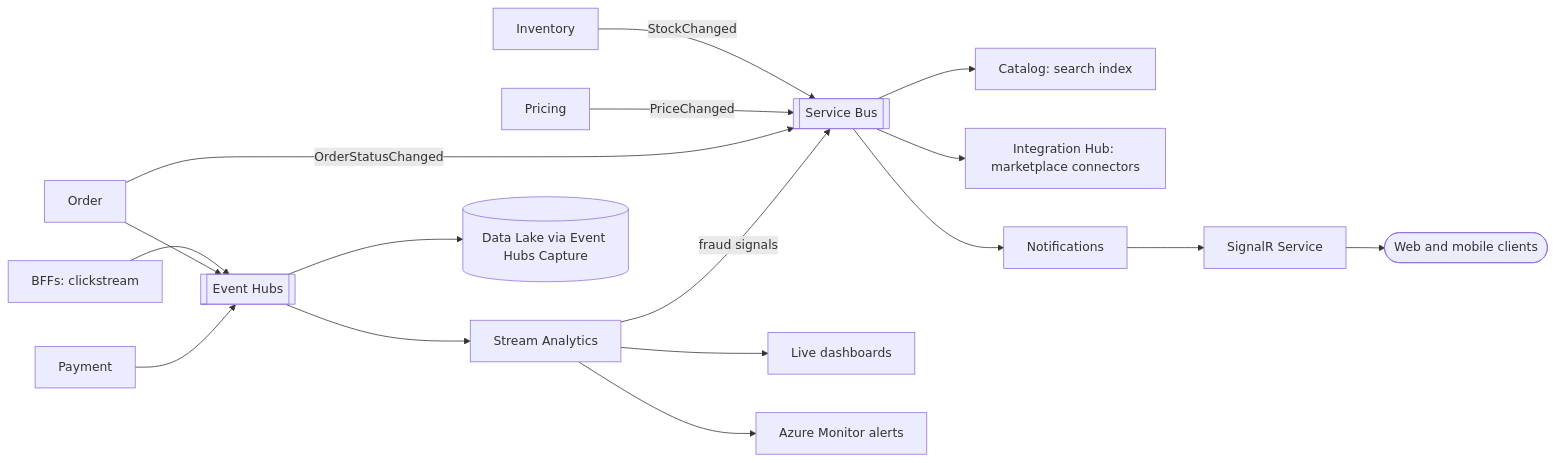
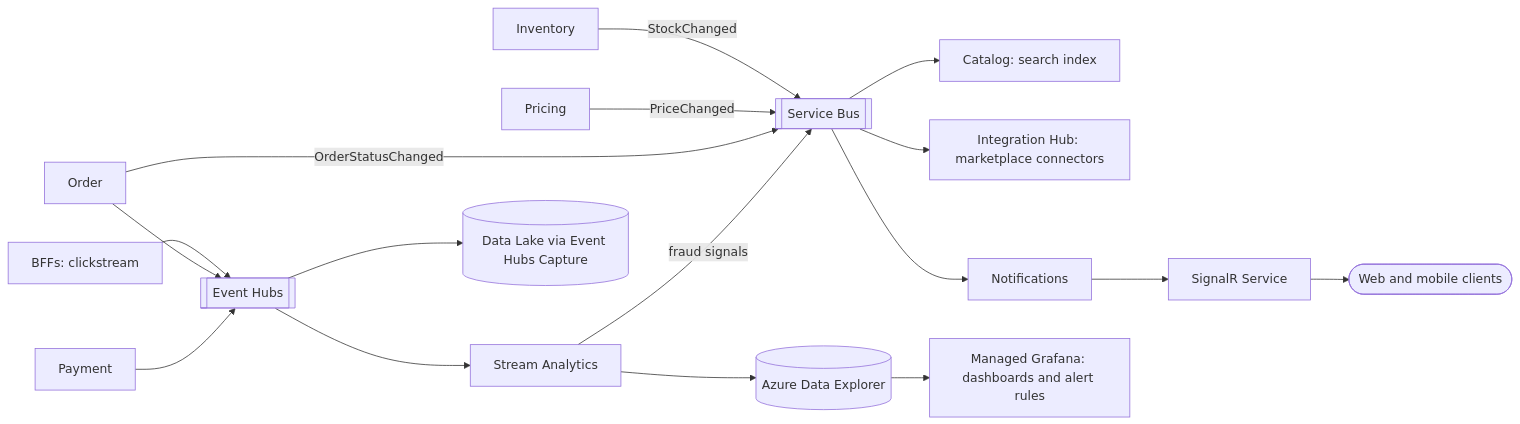
One commit to robert-miani/abysalto-webshop changed the fifth of 9 diagrams in docs/architecture.md. Above: the diagram before and after it, drawn with Mermaid. The commit also changed other lines of this file and 1 other file, not shown here.

````diff
--- a/docs/architecture.md
+++ b/docs/architecture.md
@@ -603,19 +680,19 @@
 ```mermaid
 flowchart LR
     inv["Inventory"] -->|"StockChanged"| sb[["Service Bus"]]
     pricing["Pricing"] -->|"PriceChanged"| sb
     order["Order"] -->|"OrderStatusChanged"| sb
     sb --> catalog["Catalog: search index"]
     sb --> hub["Integration Hub: marketplace connectors"]
     sb --> notif["Notifications"]
     notif --> signalr["SignalR Service"] --> clients(["Web and mobile clients"])
 
     bff["BFFs: clickstream"] --> eh[["Event Hubs"]]
     order --> eh
     pay["Payment"] --> eh
     eh --> asa["Stream Analytics"]
-    asa --> dash["Live dashboards"]
-    asa --> alerts["Azure Monitor alerts"]
+    asa --> adx[("Azure Data Explorer")]
+    adx --> grafana["Managed Grafana: dashboards and alert rules"]
     asa -->|"fraud signals"| sb
     eh --> lake[("Data Lake via Event Hubs Capture")]
 ```
````
